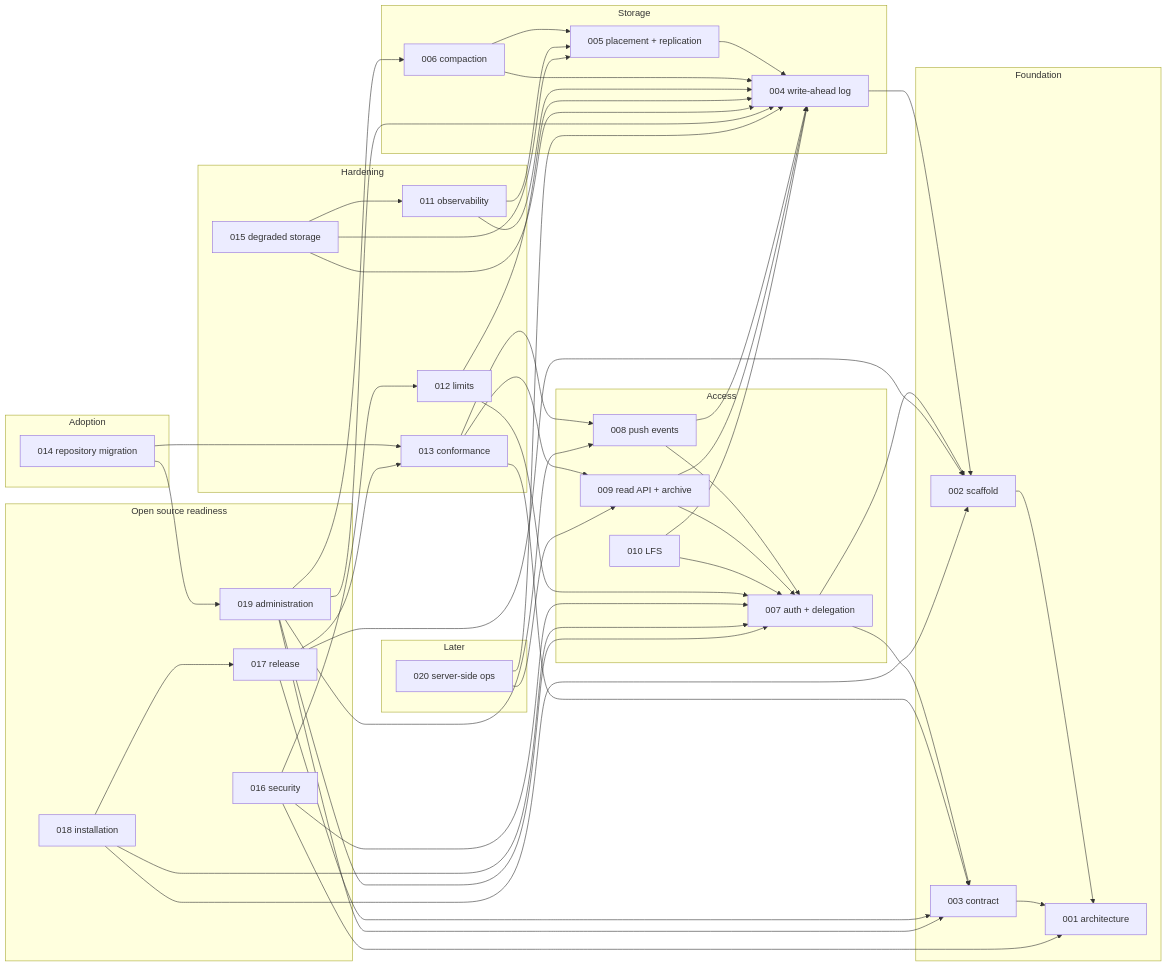
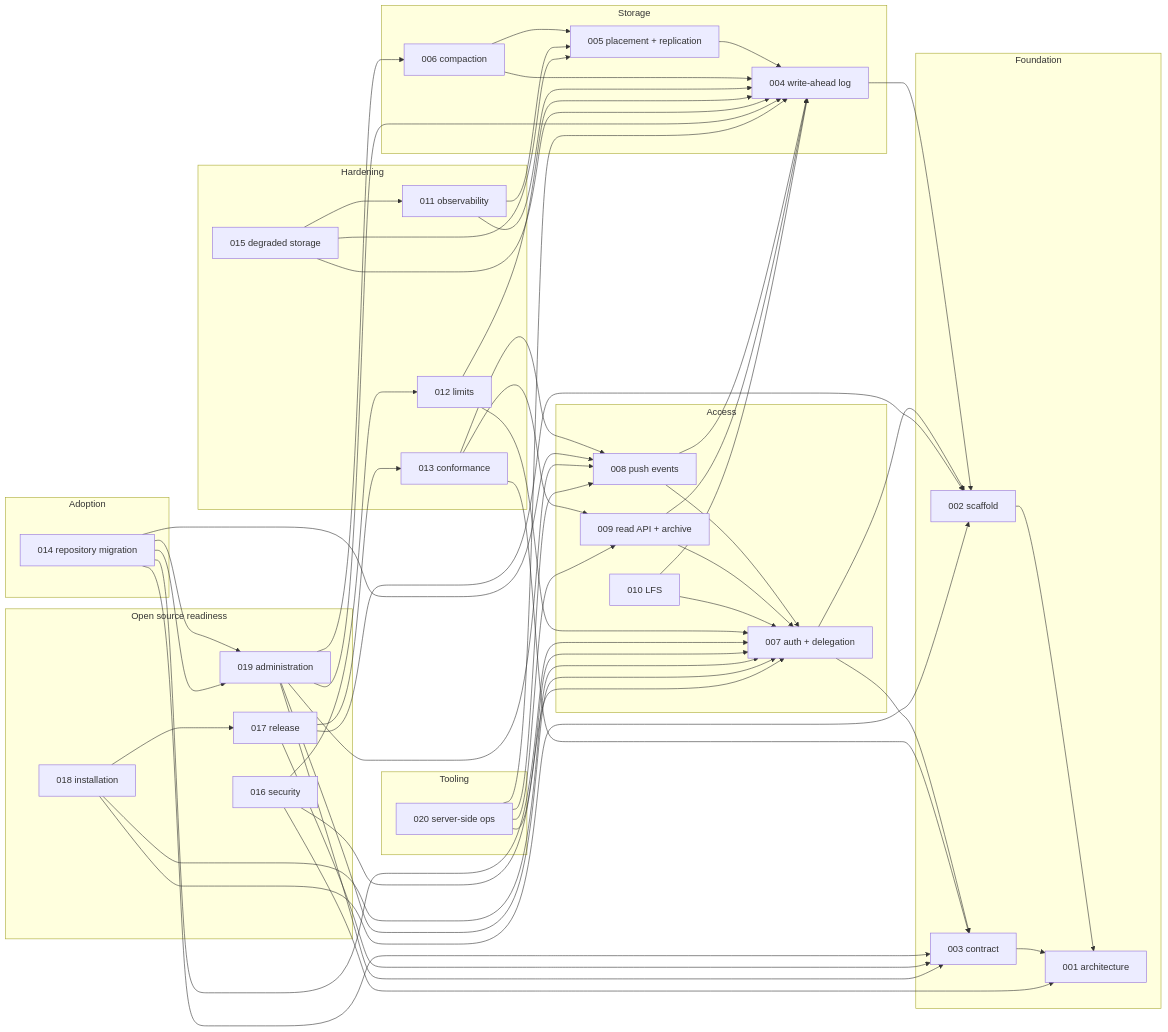
The second of 2 diagrams in specs/README.md (latere-ai/origo), drawn with Mermaid before and after one commit. The commit also changed other lines of this file and 2 other files, not shown here.

````diff
--- a/specs/README.md
+++ b/specs/README.md
@@ -98,7 +98,7 @@
   subgraph M[Adoption]
     S014[014 repository migration]
   end
-  subgraph L[Later]
+  subgraph T[Tooling]
     S020[020 server-side ops]
   end
   S002 --> S001
@@ -122,7 +122,10 @@
   S013 --> S003
   S013 --> S008
   S013 --> S009
-  S014 --> S013
+  S014 --> S003
+  S014 --> S007
+  S014 --> S008
+  S014 --> S019
   S014 --> S019
   S015 --> S004
   S015 --> S005
@@ -141,6 +144,8 @@
   S019 --> S006
   S019 --> S007
   S019 --> S008
+  S020 --> S004
+  S020 --> S007
+  S020 --> S008
   S020 --> S009
-  S020 --> S004
 ```
````
